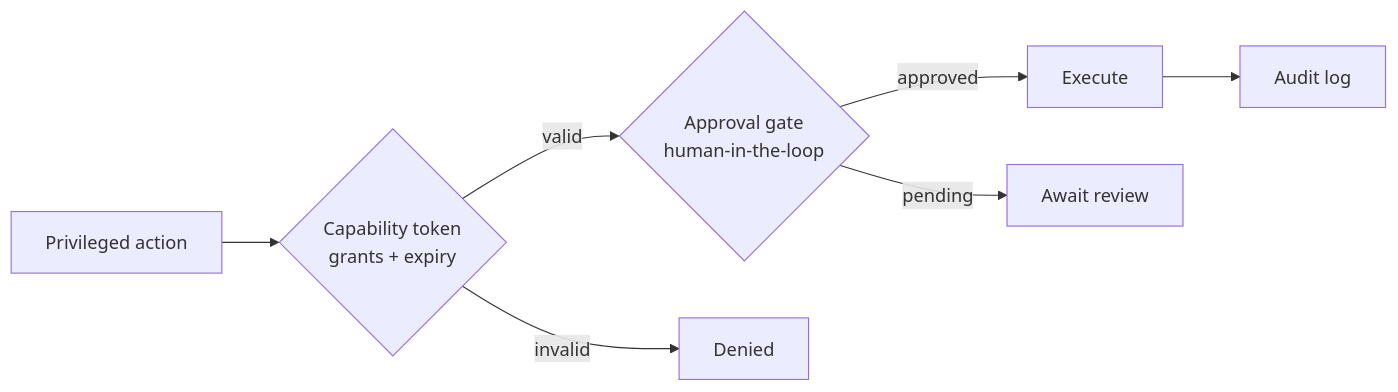
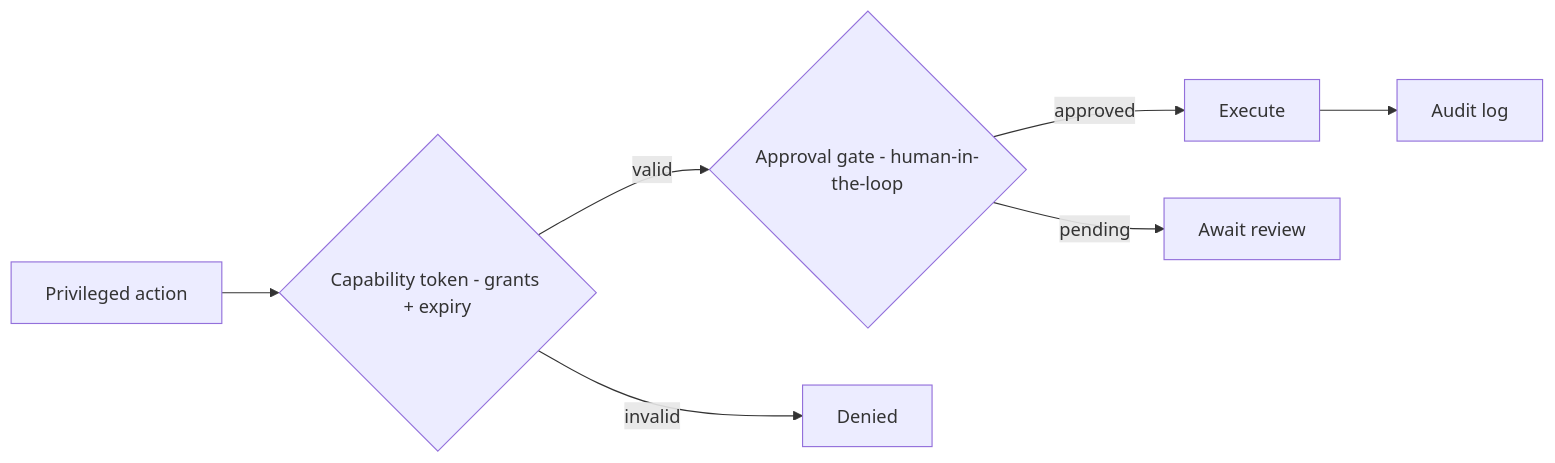
Diagram 13 of 18 in README.md (MrDecryptDecipher/EmilyOS), drawn with Mermaid before and after one commit. The commit also changed other lines of this file and 1 other file, not shown here.

First line of the commit message:
docs: fix Mermaid rendering on GitHub + add inline launch-film GIF

````diff
--- a/README.md
+++ b/README.md
@@ -348,9 +355,9 @@
 ```mermaid
 flowchart LR
-  ACT["Privileged action"] --> TOK{"Capability token<br/>grants + expiry"}
-  TOK -->|valid| GATE{"Approval gate<br/>human-in-the-loop"}
+  ACT["Privileged action"] --> TOK{"Capability token - grants + expiry"}
+  TOK -->|valid| GATE{"Approval gate - human-in-the-loop"}
   TOK -->|invalid| BLOCK["Denied"]
   GATE -->|approved| RUN["Execute"]
   GATE -->|pending| WAIT["Await review"]
   RUN --> AUD["Audit log"]
 ```
````
